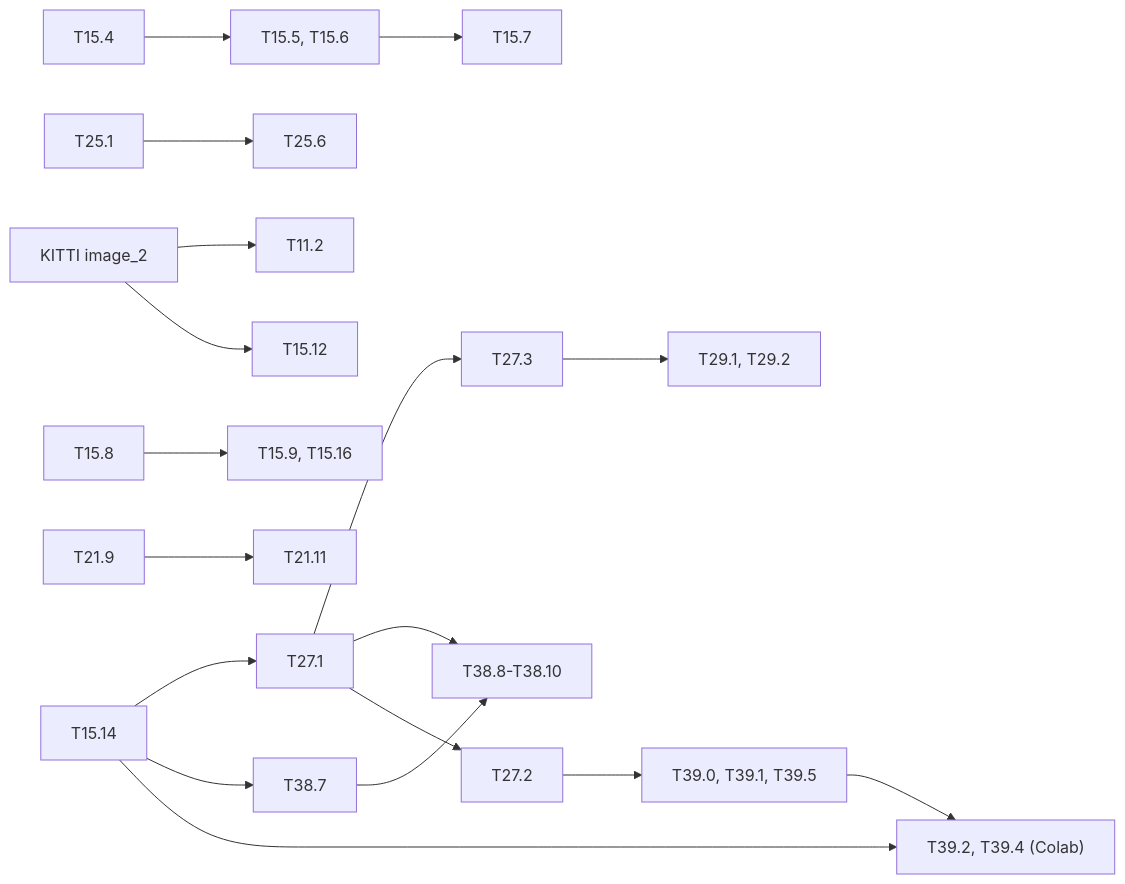
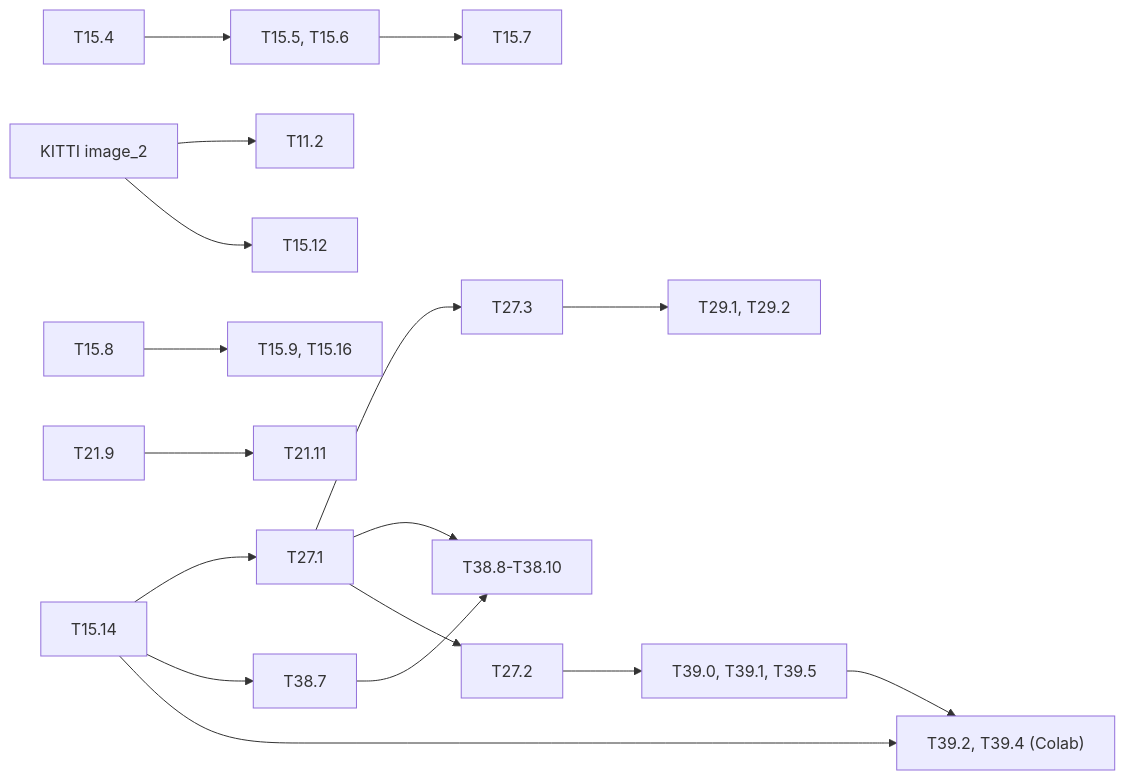
The diagram in docs/tasks/long-runs.md (lrivals/EmbeddedComputervision), drawn with Mermaid before and after one commit. The commit also changed other lines of this file and 3 other files, not shown here.

````diff
--- a/docs/tasks/long-runs.md
+++ b/docs/tasks/long-runs.md
@@ -150,13 +148,12 @@
 ```mermaid
 graph LR
   T1514[T15.14] --> T271[T27.1] --> T273[T27.3] --> T29["T29.1, T29.2"]
-  T251[T25.1] --> T256[T25.6]
   KITTI["KITTI image_2"] --> T112[T11.2] & T1512[T15.12]
   T154[T15.4] --> T155["T15.5, T15.6"] --> T157[T15.7]
   T158[T15.8] --> T159["T15.9, T15.16"]
   T219[T21.9] --> T2111[T21.11]
   T1514 --> T387[T38.7] --> T388["T38.8-T38.10"]
   T271 --> T388
   T271 --> T272[T27.2] --> T39["T39.0, T39.1, T39.5"] --> T392["T39.2, T39.4 (Colab)"]
   T1514 --> T392
 ```
````
